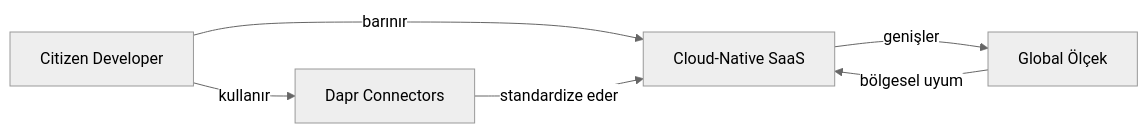
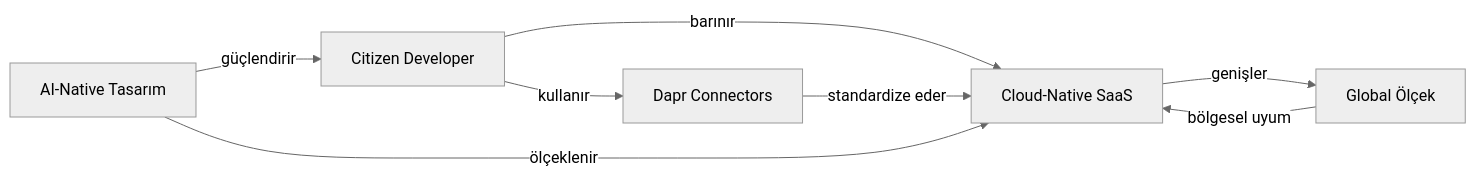
The second of 2 diagrams in product/direction-scope/index.md (burgan-tech/vnext-docs), drawn with Mermaid (neutral theme) before and after one commit. The commit also changed other lines of this file and 6 other files, not shown here.

````diff
--- a/product/direction-scope/index.md
+++ b/product/direction-scope/index.md
@@ -117,8 +158,10 @@
 ```mermaid
 graph LR
-    CD[Citizen Developer] -->|kullanır| DC[Dapr Connectors]
+    AI[AI-Native Tasarım] -->|güçlendirir| CD[Citizen Developer]
+    CD -->|kullanır| DC[Dapr Connectors]
     CD -->|barınır| SaaS[Cloud-Native SaaS]
     DC -->|standardize eder| SaaS
+    AI -->|ölçeklenir| SaaS
     SaaS -->|genişler| GS[Global Ölçek]
     GS -->|bölgesel uyum| SaaS
 ```
````
